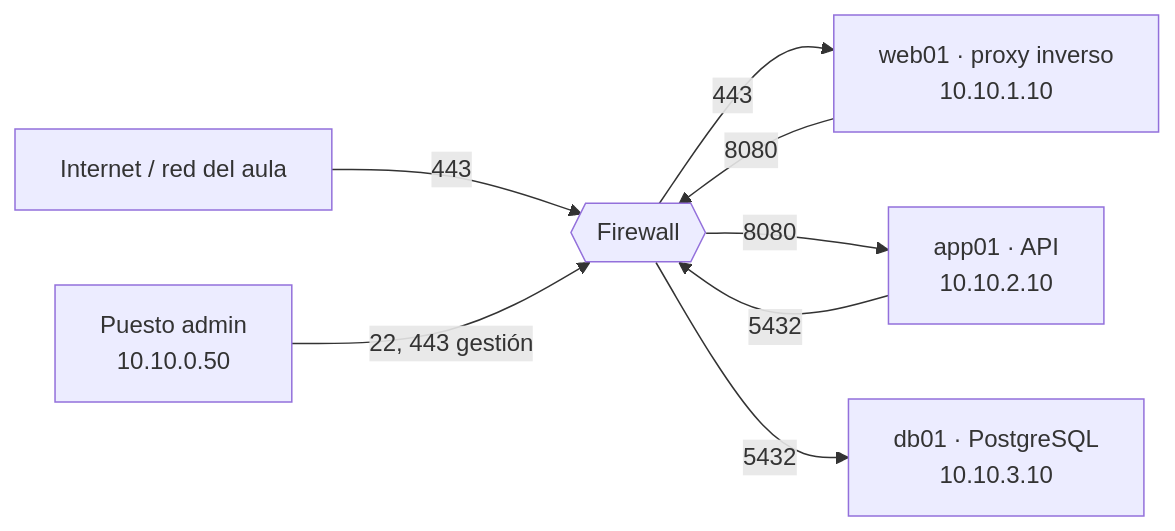
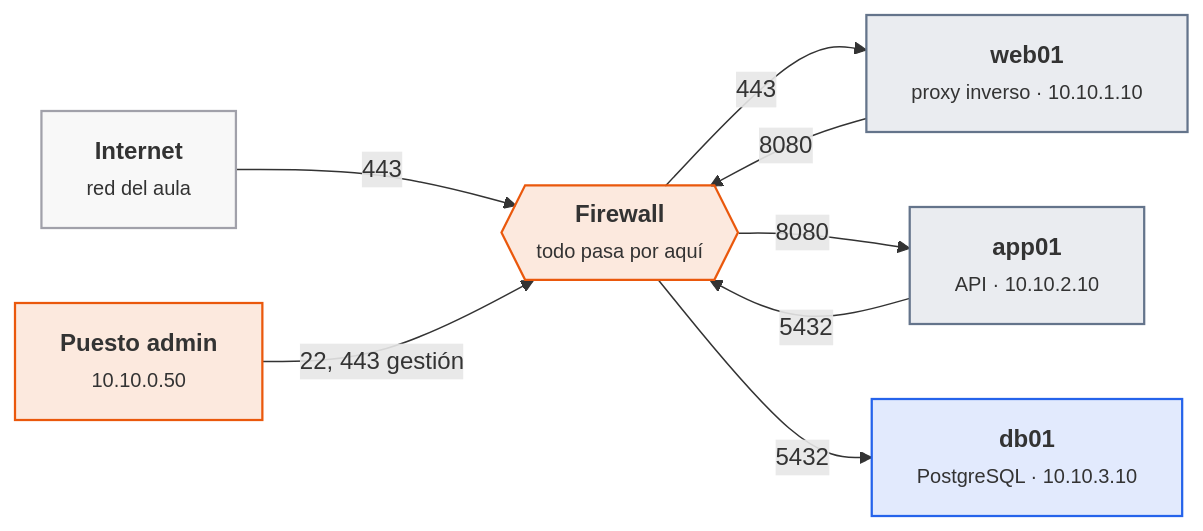
The first of 6 diagrams in docs/ut/ut3-seguridad-por-capas.md (victor-educ/apuntes-5166), drawn with Mermaid before and after one commit. The commit also changed other lines of this file and 12 other files, not shown here.

First line of the commit message:
Temporalización definitiva, gramática visual y diagramas en todas las unidades

````diff
--- a/docs/ut/ut3-seguridad-por-capas.md
+++ b/docs/ut/ut3-seguridad-por-capas.md
@@ -104,10 +104,22 @@
 ```mermaid
 flowchart LR
-    INET[Internet / red del aula] -->|443| FW{{Firewall}}
-    FW -->|443| WEB[web01 · proxy inverso<br/>10.10.1.10]
+    INET["<b>Internet</b><br><small>red del aula</small>"]:::infra
+    FW{{"<b>Firewall</b><br><small>todo pasa por aquí</small>"}}:::act
+    WEB["<b>web01</b><br><small>proxy inverso · 10.10.1.10</small>"]:::pieza
+    APP["<b>app01</b><br><small>API · 10.10.2.10</small>"]:::pieza
+    DB["<b>db01</b><br><small>PostgreSQL · 10.10.3.10</small>"]:::dato
+    ADM["<b>Puesto admin</b><br><small>10.10.0.50</small>"]:::act
+    INET -->|443| FW
+    FW -->|443| WEB
     WEB -->|8080| FW
-    FW -->|8080| APP[app01 · API<br/>10.10.2.10]
+    FW -->|8080| APP
     APP -->|5432| FW
-    FW -->|5432| DB[db01 · PostgreSQL<br/>10.10.3.10]
-    ADM[Puesto admin<br/>10.10.0.50] -->|22, 443 gestión| FW
+    FW -->|5432| DB
+    ADM -->|22, 443 gestión| FW
+    classDef act fill:#ea580c22,stroke:#ea580c,stroke-width:1.5px
+    classDef pieza fill:#64748b22,stroke:#64748b,stroke-width:1.5px
+    classDef dato fill:#2563eb22,stroke:#2563eb,stroke-width:1.5px
+    classDef infra fill:#a1a1aa14,stroke:#a1a1aa,stroke-width:1.5px
+    classDef ok fill:#16a34a22,stroke:#16a34a,stroke-width:1.5px
+    classDef riesgo fill:#dc262622,stroke:#dc2626,stroke-width:1.5px
 ```
````
